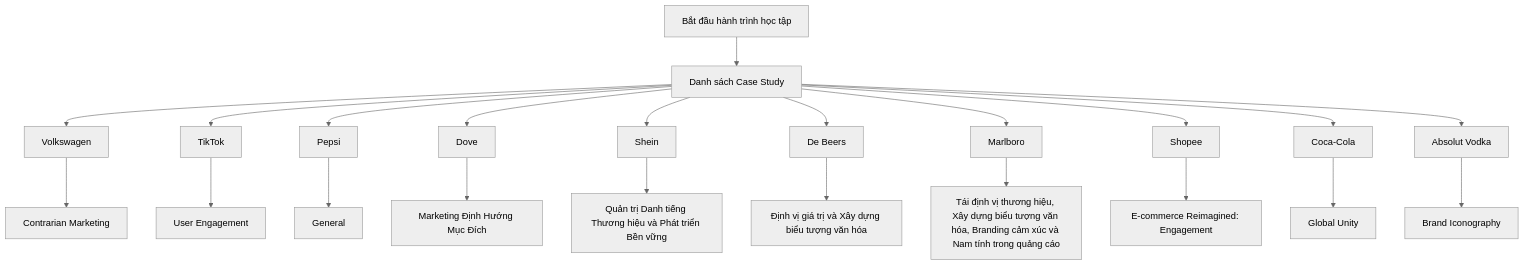
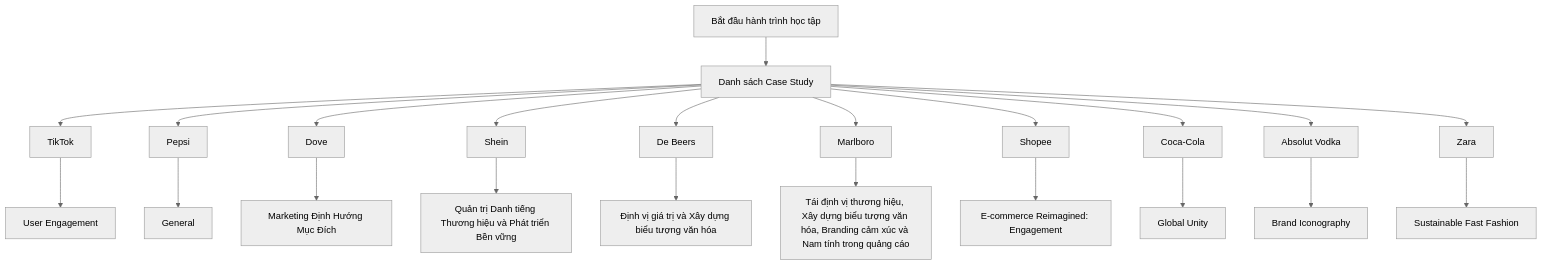
The diagram in README.md (quy2003/daily-marketing-cases), drawn with Mermaid (neutral theme) before and after one commit. The commit also changed other lines of this file and 3 other files, not shown here.

Commit message:
chore: auto-generate daily marketing case & podcast [skip ci]

````diff
--- a/README.md
+++ b/README.md
@@ -25,24 +25,24 @@
 ```mermaid
 graph TD
     Start[Bắt đầu hành trình học tập] --> DailyCases[Danh sách Case Study]
-    DailyCases --> Volkswagen["Volkswagen"]
-    Volkswagen --> ContrarianMarketing["Contrarian Marketing"]
     DailyCases --> TikTok["TikTok"]
     TikTok --> UserEngagement["User Engagement"]
     DailyCases --> Pepsi["Pepsi"]
     Pepsi --> General["General"]
     DailyCases --> Dove["Dove"]
     Dove --> MarketingnhHngMcch["Marketing Định Hướng Mục Đích"]
     DailyCases --> Shein["Shein"]
     Shein --> QuntrDanhtingThnghiuvPhttrinBnvng["Quản trị Danh tiếng Thương hiệu và Phát triển Bền vững"]
     DailyCases --> DeBeers["De Beers"]
     DeBeers --> nhvgitrvXydngbiutngvnha["Định vị giá trị và Xây dựng biểu tượng văn hóa"]
     DailyCases --> Marlboro["Marlboro"]
     Marlboro --> TinhvthnghiuXydngbiutngvnhaBrandingcmxcvNamtnhtrongqungco["Tái định vị thương hiệu, Xây dựng biểu tượng văn hóa, Branding cảm xúc và Nam tính trong quảng cáo"]
     DailyCases --> Shopee["Shopee"]
     Shopee --> EcommerceReimaginedEngagement["E-commerce Reimagined: Engagement"]
     DailyCases --> CocaCola["Coca-Cola"]
     CocaCola --> GlobalUnity["Global Unity"]
     DailyCases --> AbsolutVodka["Absolut Vodka"]
     AbsolutVodka --> BrandIconography["Brand Iconography"]
+    DailyCases --> Zara["Zara"]
+    Zara --> SustainableFastFashion["Sustainable Fast Fashion"]
 ```
````
